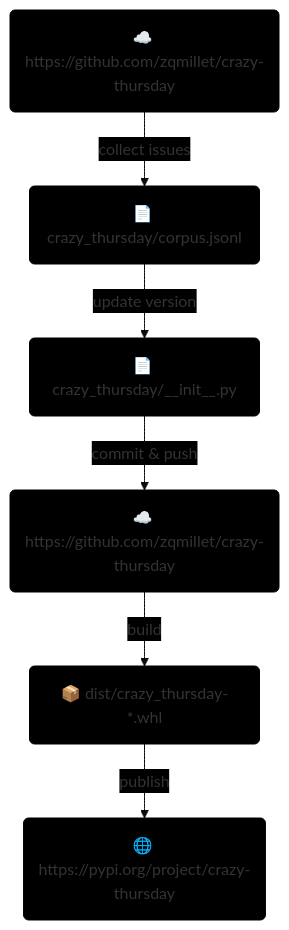
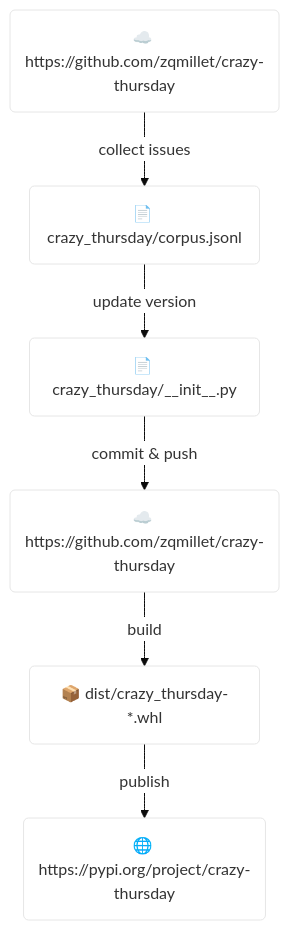
The diagram in README.md (zqmillet/crazy-thursday), drawn with Mermaid before and after one commit.

Commit message:
[Debug] debug.

````diff
--- a/README.md
+++ b/README.md
@@ -36,10 +36,10 @@
 ```mermaid
-%%{init: {'theme': 'base', 'themeVariables': { 'primaryColor': '#000000', 'nodeTextColor': "#FFFFFF"}}}%%
+%%{init: {'theme': 'base', 'themeVariables': { 'primaryColor': '#FFFFFF'}}}%%
 
 graph TD
     A("☁️ https://github.com/zqmillet/crazy-thursday") -->|collect issues| B("📄 crazy_thursday/corpus.jsonl")
     B -->|update version| C("📄 crazy_thursday/__init__.py") 
     C --> |commit & push| D("☁️ https://github.com/zqmillet/crazy-thursday")
     D --> |build| E("📦 dist/crazy_thursday-*.whl")
     E --> |publish| F("🌐 https://pypi.org/project/crazy-thursday")
 ```
````
